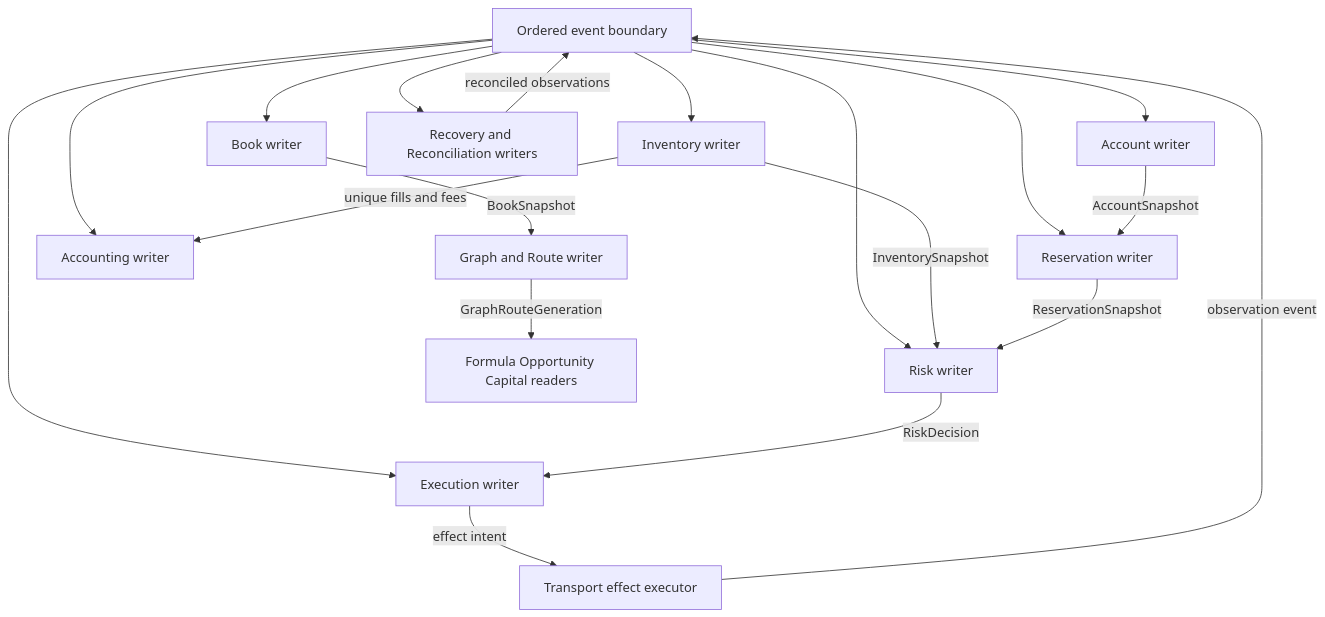
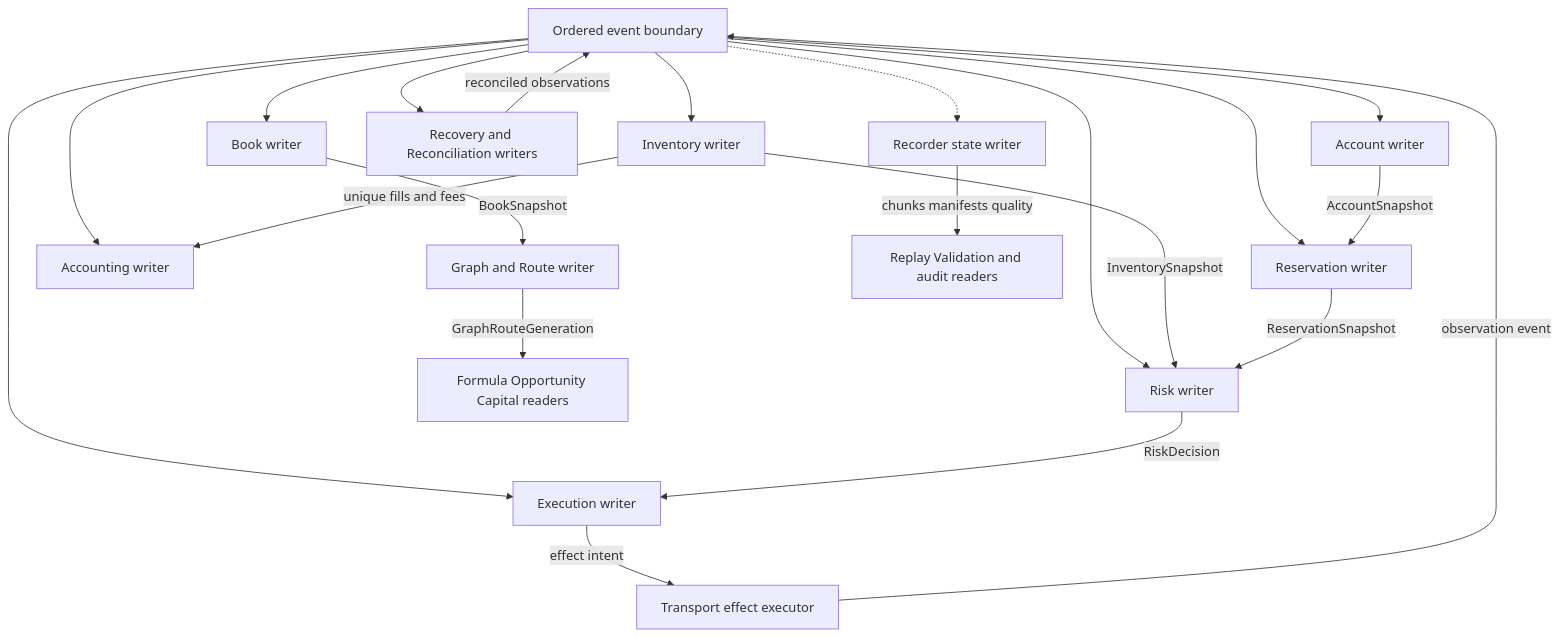
Before and after one commit to Insular2895/hyperliquid-arbitrage-bot: the second of 13 diagrams in docs_v2/deep-specs/architecture/15_ARCHITECTURE_VISUAL_ATLAS.md, drawn with Mermaid. The commit also changed other lines of this file and 21 other files, not shown here.

Commit message:
docs: complete prompt 1 architecture corrections

````diff
--- a/docs_v2/deep-specs/architecture/15_ARCHITECTURE_VISUAL_ATLAS.md
+++ b/docs_v2/deep-specs/architecture/15_ARCHITECTURE_VISUAL_ATLAS.md
@@ -85,23 +96,25 @@
 ```mermaid
 flowchart TB
     O["Ordered event boundary"]
     O --> BW["Book writer"]
     O --> AW["Account writer"]
     O --> IW["Inventory writer"]
     O --> RW["Reservation writer"]
     O --> KW["Risk writer"]
     O --> EW["Execution writer"]
     O --> CW["Recovery and Reconciliation writers"]
     O --> TW["Accounting writer"]
+    O -.-> RCW["Recorder state writer"]
 
     BW -->|BookSnapshot| G["Graph and Route writer"]
     G -->|GraphRouteGeneration| C["Formula Opportunity Capital readers"]
     AW -->|AccountSnapshot| RW
     IW -->|InventorySnapshot| KW
     RW -->|ReservationSnapshot| KW
     KW -->|RiskDecision| EW
     EW -->|effect intent| X["Transport effect executor"]
     X -->|observation event| O
     CW -->|reconciled observations| O
     IW -->|unique fills and fees| TW
+    RCW -->|chunks manifests quality| EA["Replay Validation and audit readers"]
 ```
````
